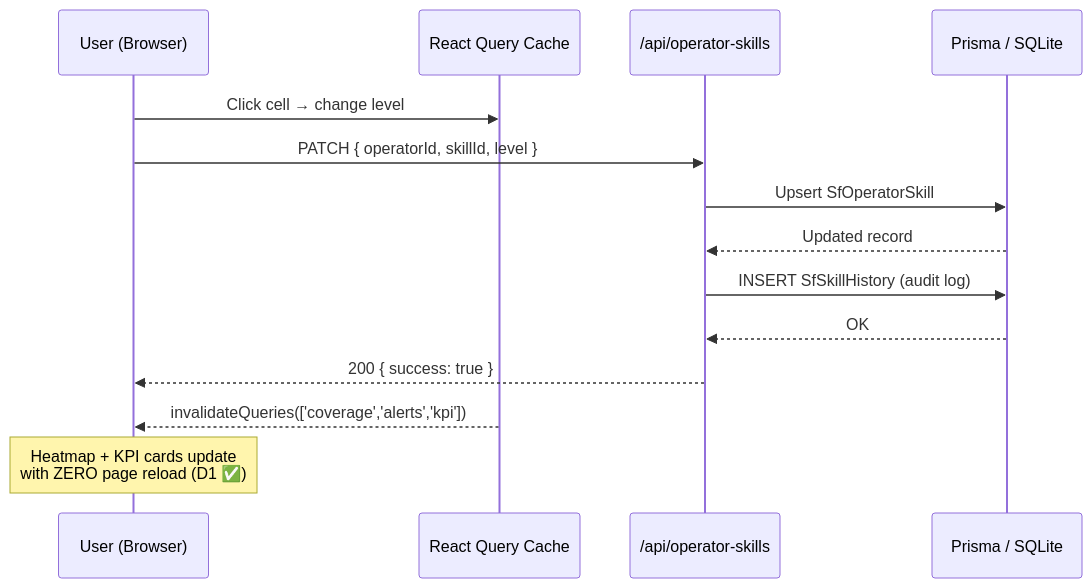
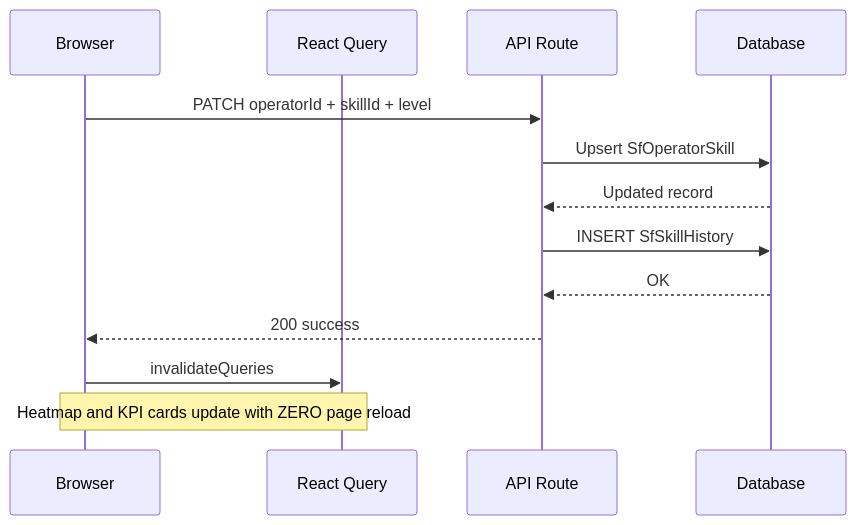
Before and after one commit to awakenedarpit/skillsforge: the second of 8 diagrams in README.md, drawn with Mermaid. The commit also changed other lines of this file, not shown here.

Commit message:
fix: resolve all Mermaid diagram syntax errors in README

````diff
--- a/README.md
+++ b/README.md
@@ -140,17 +140,16 @@
 ```mermaid
 sequenceDiagram
-    participant U as User (Browser)
-    participant RQ as React Query Cache
-    participant API as /api/operator-skills
-    participant DB as Prisma / SQLite
+    participant U as Browser
+    participant RQ as React Query
+    participant API as API Route
+    participant DB as Database
 
-    U->>RQ: Click cell → change level
-    U->>API: PATCH { operatorId, skillId, level }
+    U->>API: PATCH operatorId + skillId + level
     API->>DB: Upsert SfOperatorSkill
     DB-->>API: Updated record
-    API->>DB: INSERT SfSkillHistory (audit log)
+    API->>DB: INSERT SfSkillHistory
     DB-->>API: OK
-    API-->>U: 200 { success: true }
-    RQ-->>U: invalidateQueries(['coverage','alerts','kpi'])
-    Note over U: Heatmap + KPI cards update<br/>with ZERO page reload (D1 ✅)
+    API-->>U: 200 success
+    U->>RQ: invalidateQueries
+    Note over U,RQ: Heatmap and KPI cards update with ZERO page reload
 ```
````
